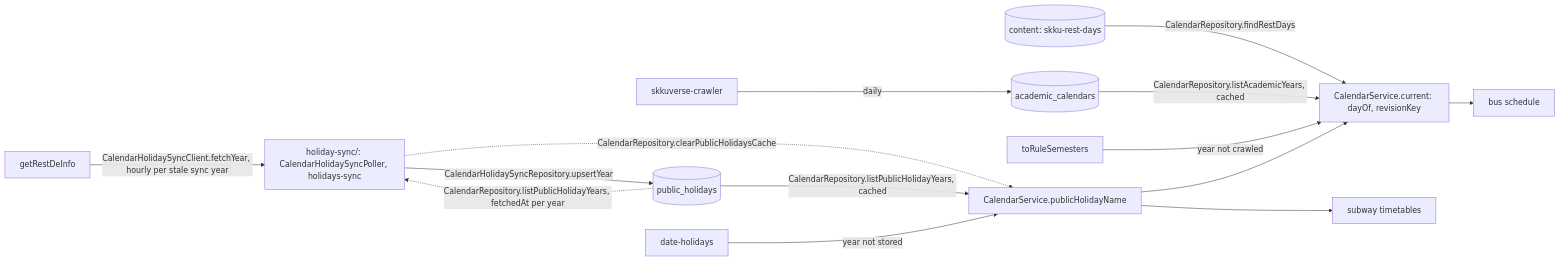
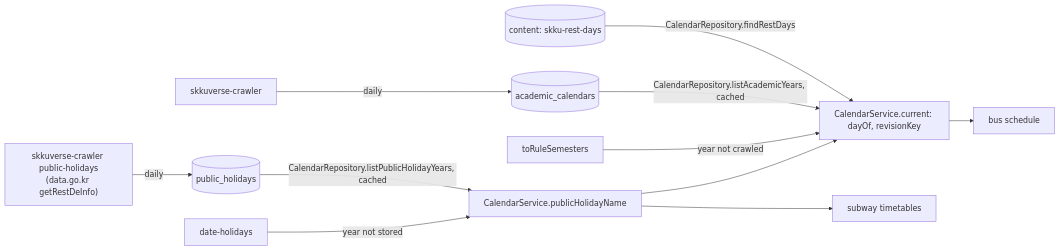
The diagram in docs/explanation/calendar-architecture.md (skkuverse/skkuverse-server), drawn with Mermaid before and after one commit. The commit also changed other lines of this file and 41 other files, not shown here.

Commit message:
refactor(calendar)!: stop syncing public holidays; the crawler owns them

````diff
--- a/docs/explanation/calendar-architecture.md
+++ b/docs/explanation/calendar-architecture.md
@@ -50,16 +48,13 @@
 ```mermaid
 flowchart LR
-  kasi["getRestDeInfo"] -->|CalendarHolidaySyncClient.fetchYear, hourly per stale sync year| poller["holiday-sync/: CalendarHolidaySyncPoller, holidays-sync"]
-  poller -->|CalendarHolidaySyncRepository.upsertYear| coll[("public_holidays")]
-  poller -.->|CalendarRepository.clearPublicHolidaysCache| svc
+  kasi["skkuverse-crawler public-holidays<br/>(data.go.kr getRestDeInfo)"] -->|daily| coll[("public_holidays")]
   coll -->|CalendarRepository.listPublicHolidayYears, cached| svc["CalendarService.publicHolidayName"]
-  coll -.->|CalendarRepository.listPublicHolidayYears, fetchedAt per year| poller
   rules["date-holidays"] -->|year not stored| svc
   restDays[("content: skku-rest-days")] -->|CalendarRepository.findRestDays| day["CalendarService.current: dayOf, revisionKey"]
   crawler["skkuverse-crawler"] -->|daily| academic[("academic_calendars")]
   academic -->|CalendarRepository.listAcademicYears, cached| day
   rule["toRuleSemesters"] -->|year not crawled| day
   svc --> day
   day --> bus["bus schedule"]
   svc --> subway["subway timetables"]
 ```
````
